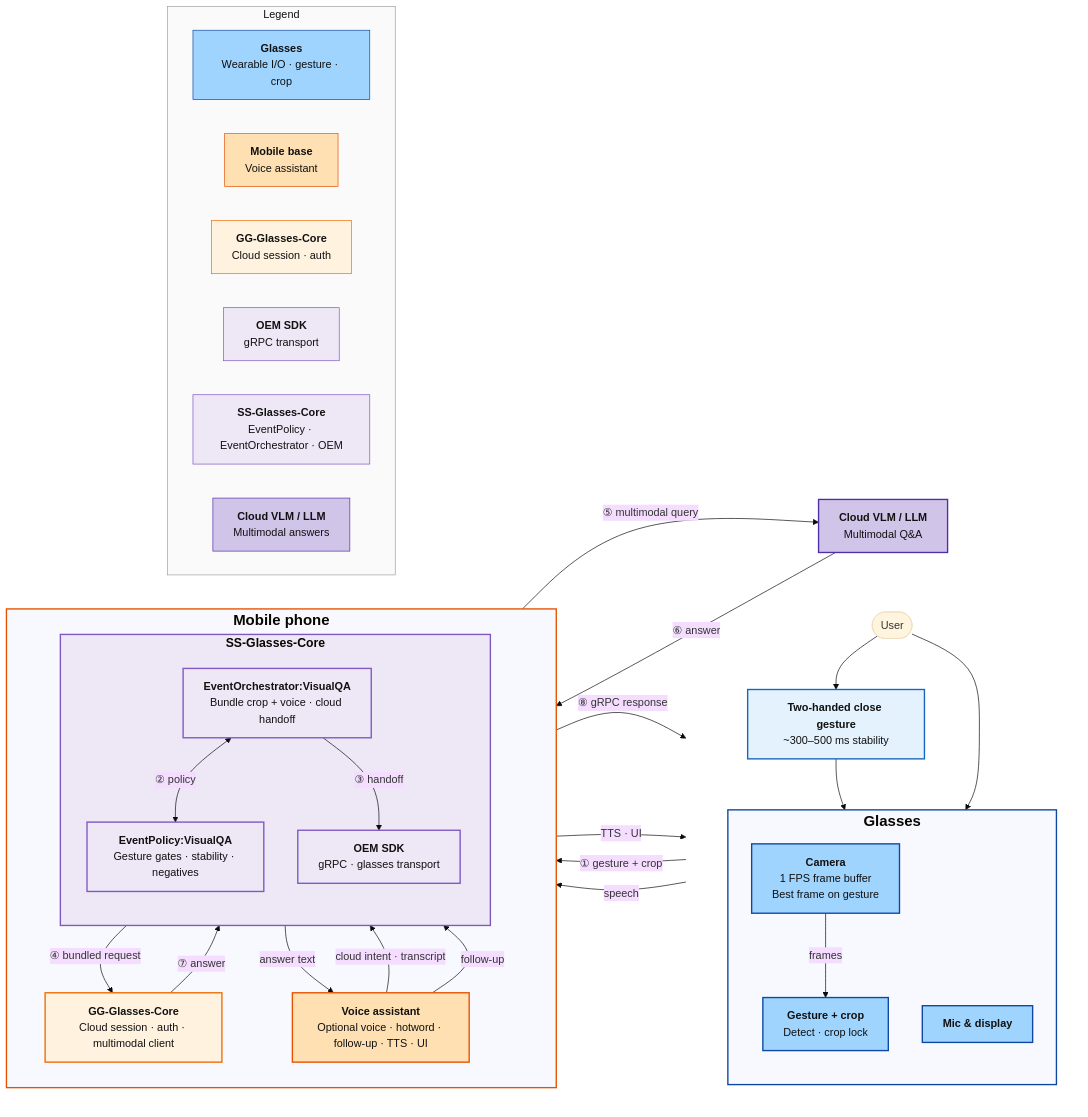
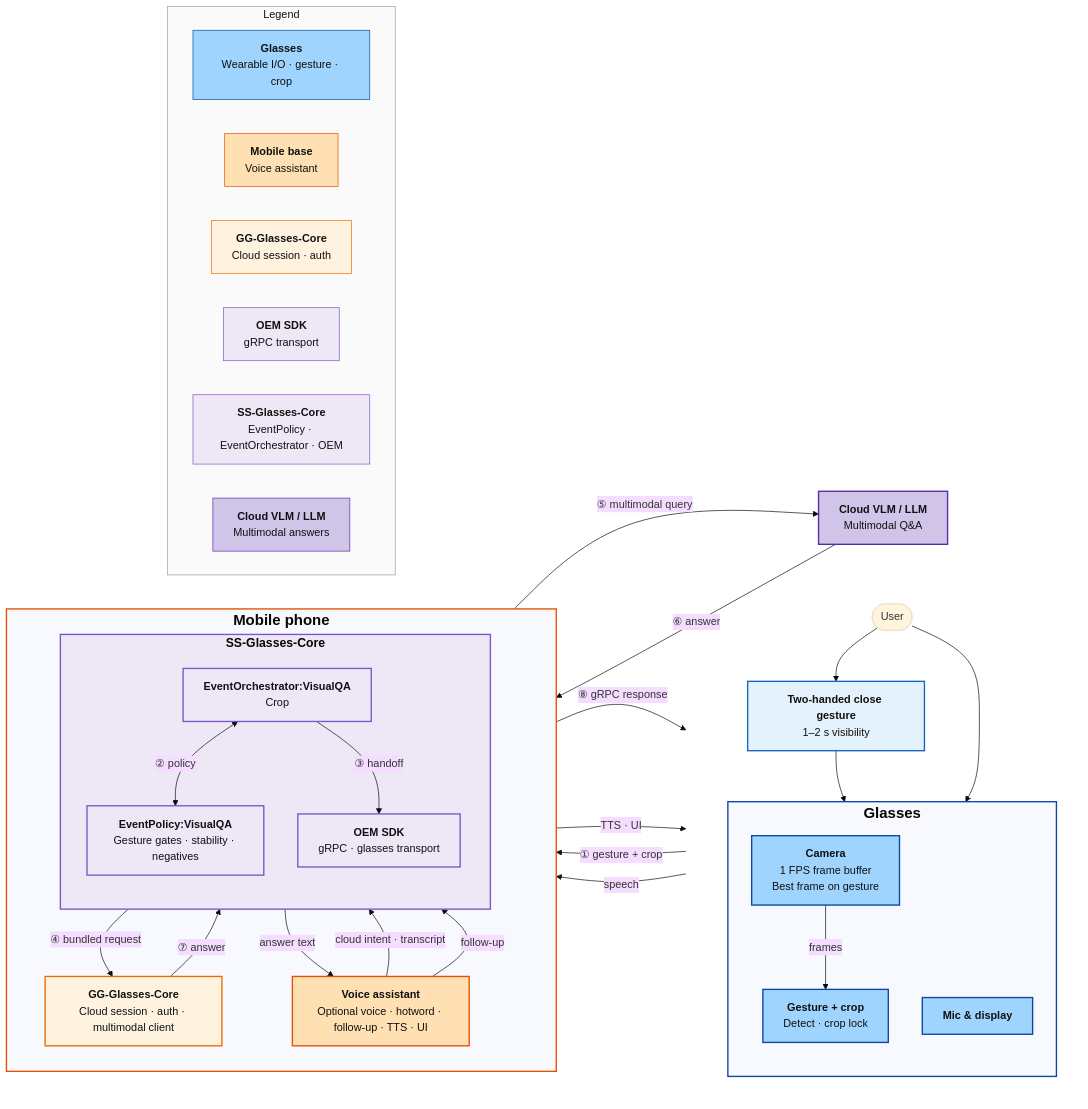
The diagram in tmp/idea1_gesture_visual_qa_architecture.mermaid (penkesiva/wer-26), drawn with Mermaid (base theme) before and after one commit. The commit also changed 2 other files, not shown here.

Commit message:
docs(idea1): refine gesture timing and orchestrator label
Use 1–2 s visibility for two-handed gesture and simplify EventOrchestrator
box to Crop in the architecture diagram.

```diff
--- a/tmp/idea1_gesture_visual_qa_architecture.mermaid
+++ b/tmp/idea1_gesture_visual_qa_architecture.mermaid
@@ -1,100 +1,100 @@
 %% Idea 1 — Gesture-Driven Image Crop for Visual Q&A · mermaid.live
 %% LR columns: Glasses | Mobile (voice assistant inside) — Mic↔VA across column boundary
 %% No on-device VLM on phone: crop on glasses → orchestrator → GG-Glasses-Core ↔ Cloud VLM
 %% <b>…</b> = bold title inside a box
 %%{init: {'flowchart': {'htmlLabels': true}}}%%
 
 flowchart LR
     subgraph GCol[" "]
         direction TB
         User([User])
-        TwoHand["<b>Two-handed close gesture</b><br/>~300–500 ms stability"]
+        TwoHand["<b>Two-handed close gesture</b><br/>1–2 s visibility"]
         subgraph Glasses["<b><span style='font-size:22px'>Glasses</span></b>"]
             direction TB
             Cam["<b>Camera</b><br/>1 FPS frame buffer<br/>Best frame on gesture"]
             GestCrop["<b>Gesture + crop</b><br/>Detect · crop lock"]
             Mic["<b>Mic & display</b>"]
         end
     end
 
     subgraph Mobile["<b><span style='font-size:22px'>Mobile phone</span></b>"]
         direction TB
         VA["<b>Voice assistant</b><br/>Optional voice · hotword · follow-up · TTS · UI"]
         subgraph SSGC["<b><span style='font-size:18px'>SS-Glasses-Core</span></b>"]
             direction TB
             PolicyVQ["<b>EventPolicy:VisualQA</b><br/>Gesture gates · stability · negatives"]
-            OrchVQ["<b>EventOrchestrator:VisualQA</b><br/>Bundle crop + voice · cloud handoff"]
+            OrchVQ["<b>EventOrchestrator:VisualQA</b><br/>Crop"]
             OEM["<b>OEM SDK</b><br/>gRPC · glasses transport"]
         end
         GGGC["<b>GG-Glasses-Core</b><br/>Cloud session · auth · multimodal client"]
     end
 
     CloudVLM["<b>Cloud VLM / LLM</b><br/>Multimodal Q&A"]
 
     subgraph Legend["Legend"]
         direction LR
         LgG["<b>Glasses</b><br/>Wearable I/O · gesture · crop"]
         LgM["<b>Mobile base</b><br/>Voice assistant"]
         LgGG["<b>GG-Glasses-Core</b><br/>Cloud session · auth"]
         LgOEM["<b>OEM SDK</b><br/>gRPC transport"]
         LgS["<b>SS-Glasses-Core</b><br/>EventPolicy · EventOrchestrator · OEM"]
         LgC["<b>Cloud VLM / LLM</b><br/>Multimodal answers"]
     end
 
     User --> TwoHand
     TwoHand --> GestCrop
     Cam -->|"frames"| GestCrop
     GestCrop -->|"① gesture + crop"| OrchVQ
     OrchVQ <-->|"② policy"| PolicyVQ
 
     OrchVQ -->|"③ handoff"| OEM
     OEM -->|"④ bundled request"| GGGC
     GGGC -->|"⑤ multimodal query"| CloudVLM
     CloudVLM -->|"⑥ answer"| GGGC
     GGGC -->|"⑦ answer"| OEM
     OEM -->|"⑧ gRPC response"| Mic
 
     OrchVQ -->|answer text| VA
     VA -->|cloud intent · transcript| OrchVQ
 
     User --> Mic
     Mic -->|speech| VA
     VA -->|TTS · UI| Mic
     VA -->|follow-up| OrchVQ
 
     classDef glasses fill:#9fd4ff,stroke:#0d47a1,color:#111,stroke-width:2px
     classDef mobile fill:#ffe0b2,stroke:#e65100,color:#111,stroke-width:2px
     classDef ggCore fill:#fff3e0,stroke:#ef6c00,color:#111,stroke-width:2px
     classDef oemSdk fill:#ede7f6,stroke:#7e57c2,color:#111,stroke-width:2px
     classDef ssCoreLight fill:#ede7f6,stroke:#7e57c2,color:#111,stroke-width:2px
     classDef cloudVlm fill:#d1c4e9,stroke:#512da8,color:#111,stroke-width:2px
     classDef legendGlasses fill:#9fd4ff,stroke:#0d47a1,color:#111
     classDef legendMobile fill:#ffe0b2,stroke:#e65100,color:#111
     classDef legendGG fill:#fff3e0,stroke:#ef6c00,color:#111
     classDef legendOEM fill:#ede7f6,stroke:#7e57c2,color:#111
     classDef legendSS fill:#ede7f6,stroke:#7e57c2,color:#111
     classDef legendCloud fill:#d1c4e9,stroke:#512da8,color:#111
     classDef legendFrame fill:#fafafa,stroke:#9e9e9e,color:#111
     classDef colHidden fill:none,stroke:none,color:#111
     classDef userGesture fill:#e3f2fd,stroke:#1565c0,color:#111,stroke-width:2px
 
     style SSGC fill:#ede7f6,stroke:#7e57c2,stroke-width:2px
     style GCol fill:none,stroke:none
     style Glasses stroke:#0d47a1,stroke-width:2px
     style Mobile stroke:#e65100,stroke-width:2px
 
     class TwoHand userGesture
     class Cam,Mic,GestCrop glasses
     class VA mobile
     class GGGC ggCore
     class OEM oemSdk
     class PolicyVQ,OrchVQ ssCoreLight
     class CloudVLM cloudVlm
     class GCol colHidden
     class Legend legendFrame
     class LgG legendGlasses
     class LgM legendMobile
     class LgGG legendGG
     class LgOEM legendOEM
     class LgS legendSS
     class LgC legendCloud
```
